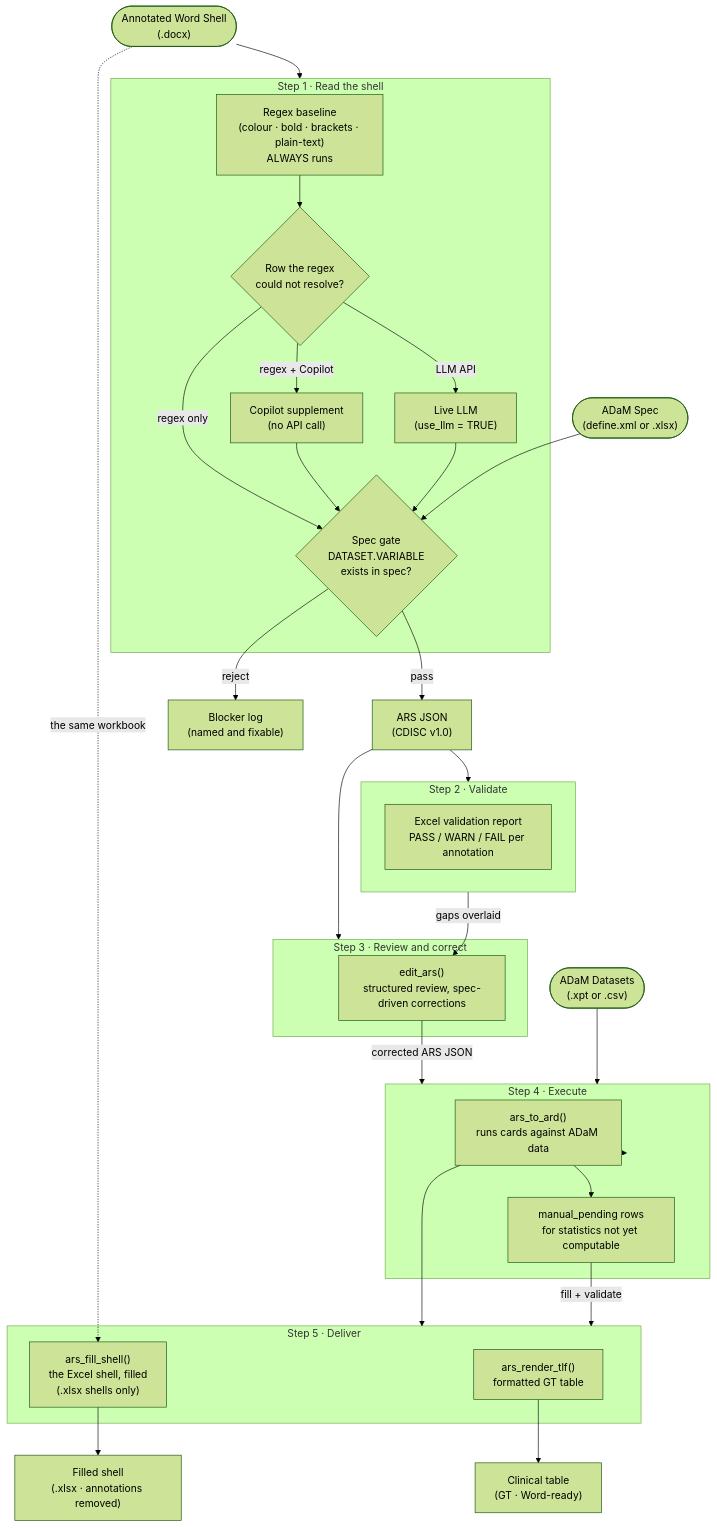
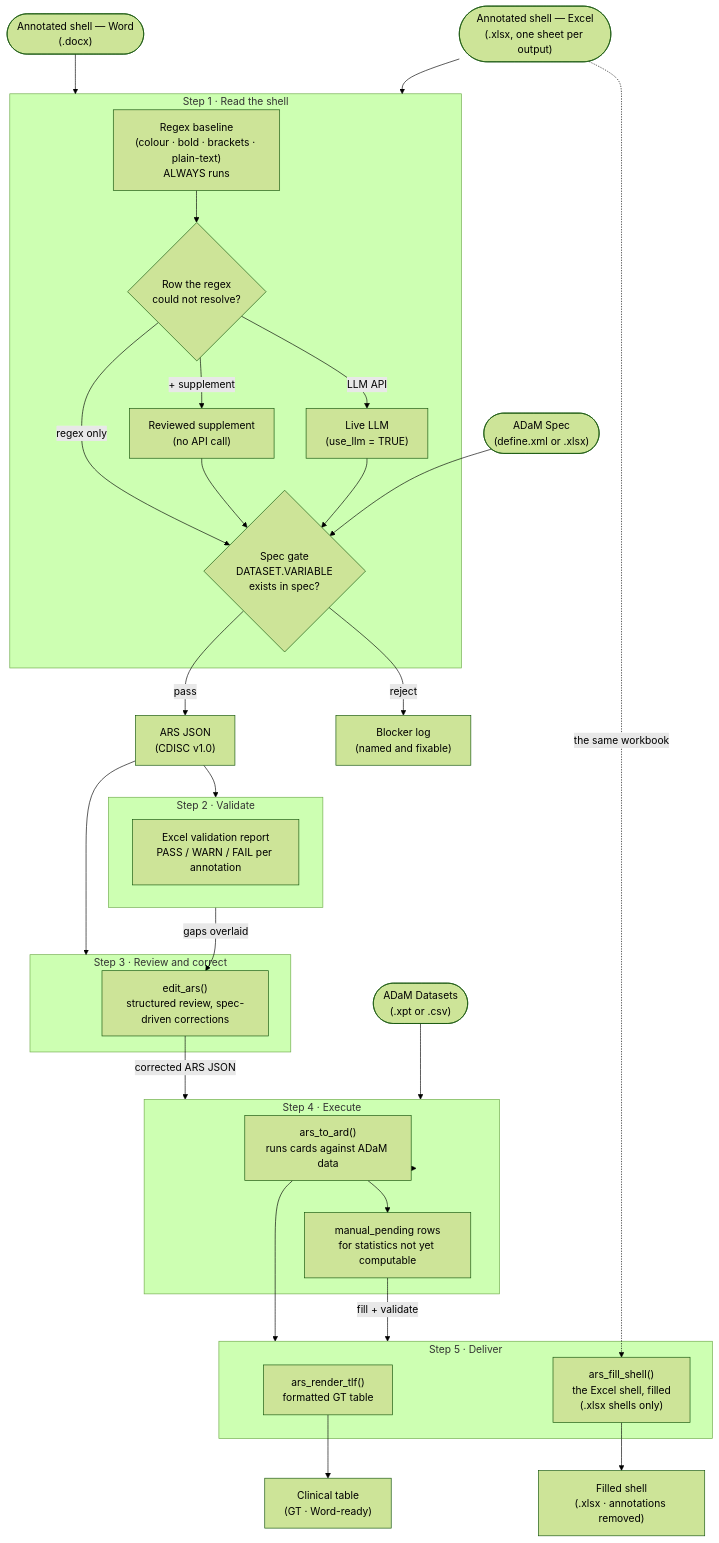
One commit to tavakohr/arsbridge changed the first of 2 diagrams in index.md. Above: the diagram before and after it, drawn with Mermaid (forest theme). The commit also changed other lines of this file and 67 other files, not shown here.

````diff
--- a/index.md
+++ b/index.md
@@ -41,53 +41,55 @@
 ``` mermaid
 flowchart TD
-    SHELL(["Annotated Word Shell\n(.docx)"])
+    SHELL_D(["Annotated shell — Word\n(.docx)"])
+    SHELL_X(["Annotated shell — Excel\n(.xlsx, one sheet per output)"])
     SPEC(["ADaM Spec\n(define.xml or .xlsx)"])
     ADAM(["ADaM Datasets\n(.xpt or .csv)"])
 
     subgraph STEP1 ["Step 1 · Read the shell"]
         R["Regex baseline\n(colour · bold · brackets · plain-text)\nALWAYS runs"]
         F{"Row the regex\ncould not resolve?"}
-        C["Copilot supplement\n(no API call)"]
+        C["Reviewed supplement\n(no API call)"]
         L["Live LLM\n(use_llm = TRUE)"]
         G{"Spec gate\nDATASET.VARIABLE\nexists in spec?"}
         R --> F
         F -->|"regex only"| G
-        F -->|"regex + Copilot"| C --> G
+        F -->|"+ supplement"| C --> G
         F -->|"LLM API"| L --> G
     end
 
     subgraph STEP2 ["Step 2 · Validate"]
         V["Excel validation report\nPASS / WARN / FAIL per annotation"]
     end
 
     subgraph STEP3 ["Step 3 · Review and correct"]
         RV["edit_ars()\nstructured review, spec-driven corrections"]
     end
 
     subgraph STEP4 ["Step 4 · Execute"]
         E["ars_to_ard()\nruns cards against ADaM data"]
         MP["manual_pending rows\nfor statistics not yet computable"]
     end
 
     subgraph STEP5 ["Step 5 · Deliver"]
         T["ars_render_tlf()\nformatted GT table"]
         FS["ars_fill_shell()\nthe Excel shell, filled\n(.xlsx shells only)"]
     end
 
-    SHELL --> STEP1
+    SHELL_D --> STEP1
+    SHELL_X --> STEP1
     SPEC --> G
     G -->|"pass"| ARS["ARS JSON\n(CDISC v1.0)"]
     G -->|"reject"| BLK["Blocker log\n(named and fixable)"]
     ARS --> STEP2
     ARS --> STEP3
     STEP2 -->|"gaps overlaid"| RV
     RV -->|"corrected ARS JSON"| STEP4
     ADAM --> STEP4
     STEP4 --> E
     E --> MP
     E --> STEP5
     MP -->|"fill + validate"| STEP5
     T --> TLF["Clinical table\n(GT · Word-ready)"]
-    SHELL -.->|"the same workbook"| FS
+    SHELL_X -.->|"the same workbook"| FS
     FS --> XL["Filled shell\n(.xlsx · annotations removed)"]
 ```
````
